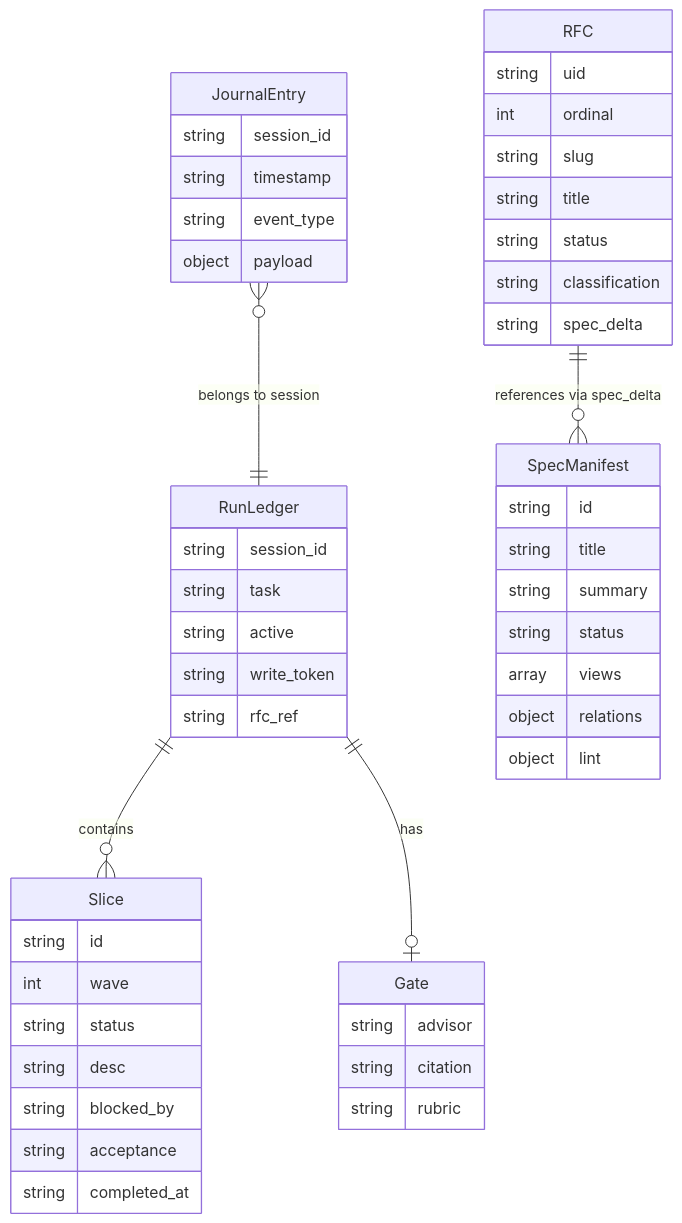
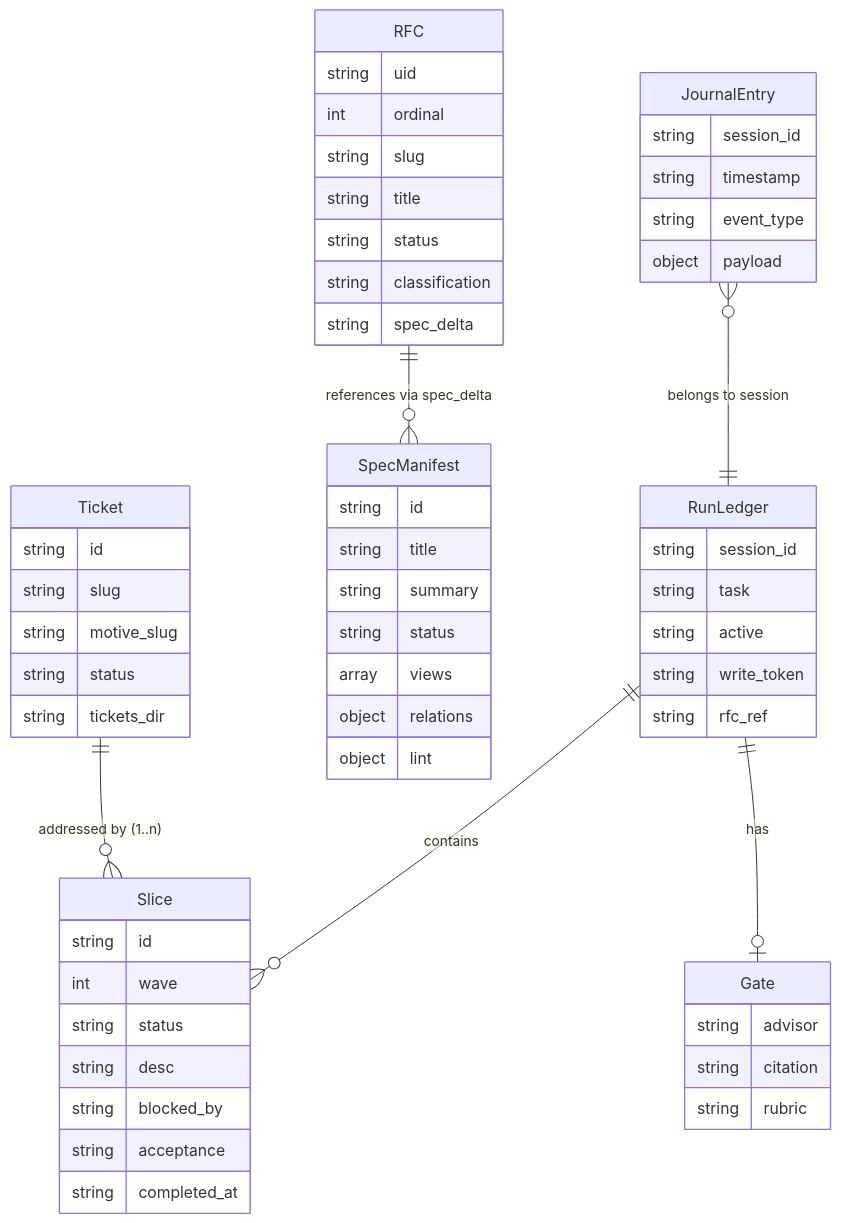
The diagram in doc/specs/artifact/data-model.md (IniZio/groundwork), drawn with Mermaid before and after one commit. The commit also changed other lines of this file and 3 other files, not shown here.

````diff
--- a/doc/specs/artifact/data-model.md
+++ b/doc/specs/artifact/data-model.md
@@ -8,53 +8,62 @@
 ```mermaid
 erDiagram
     RunLedger {
         string session_id
         string task
         string active
         string write_token
         string rfc_ref
     }
     Slice {
         string id
         int wave
         string status
         string desc
         string blocked_by
         string acceptance
         string completed_at
     }
     Gate {
         string advisor
         string citation
         string rubric
     }
     RFC {
         string uid
         int ordinal
         string slug
         string title
         string status
         string classification
         string spec_delta
     }
     JournalEntry {
         string session_id
         string timestamp
         string event_type
         object payload
     }
     SpecManifest {
         string id
         string title
         string summary
         string status
         array views
         object relations
         object lint
     }
 
+    Ticket {
+        string id
+        string slug
+        string motive_slug
+        string status
+        string tickets_dir
+    }
+
     RunLedger ||--o{ Slice : "contains"
     RunLedger ||--o| Gate : "has"
     RFC ||--o{ SpecManifest : "references via spec_delta"
     JournalEntry }o--|| RunLedger : "belongs to session"
+    Ticket ||--o{ Slice : "addressed by (1..n)"
 ```
````
